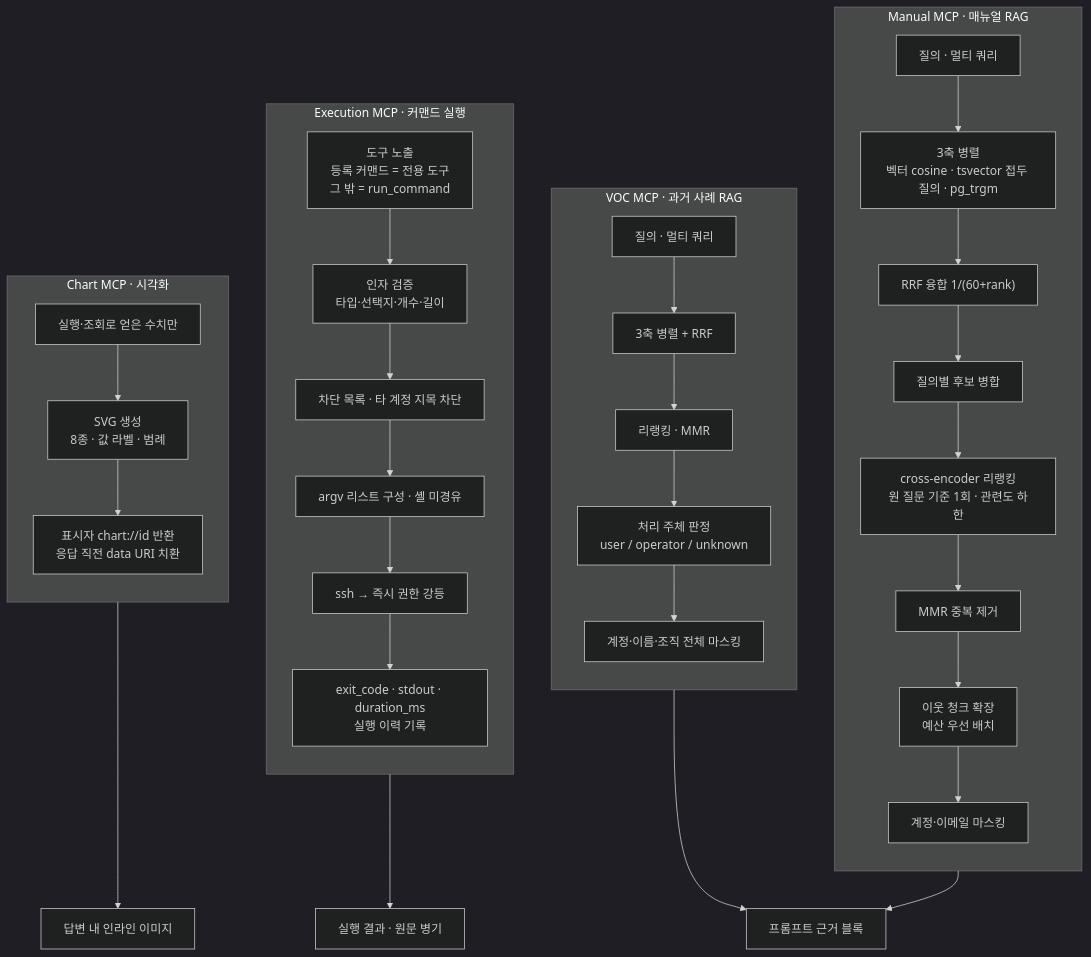
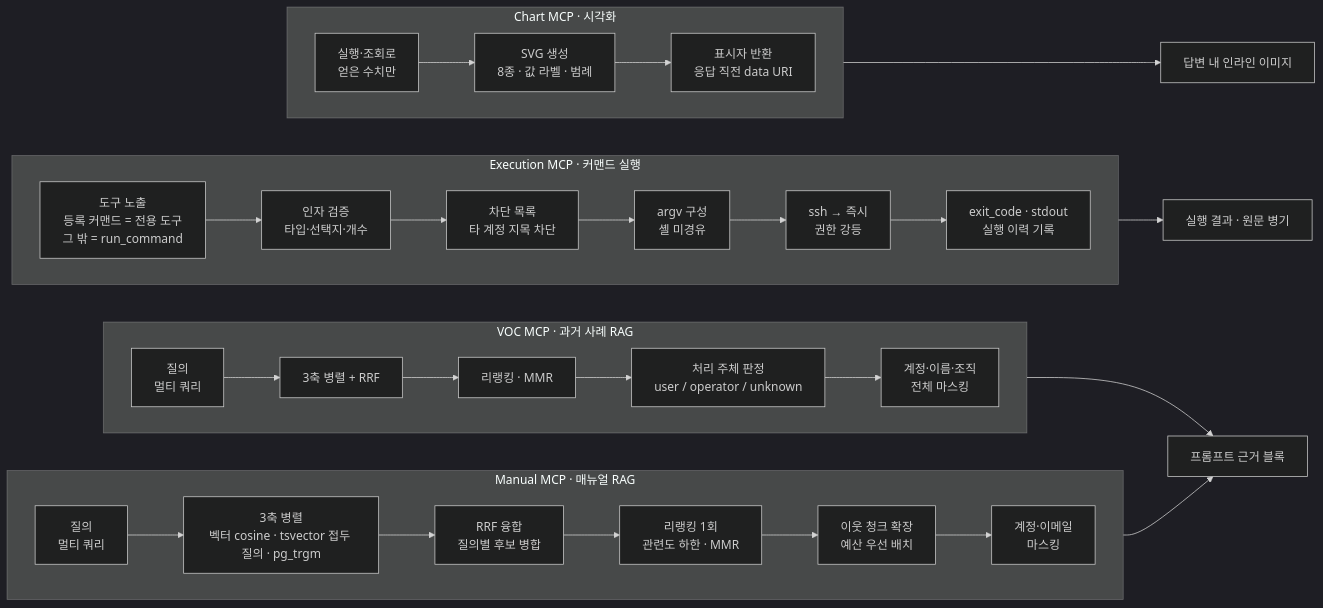
The second of 3 diagrams in README.md (ssyrc/AI-Infra-Assistant-pub), drawn with Mermaid (dark theme) before and after one commit. The commit also changed other lines of this file, not shown here.

Commit message:
README 전체 구조를 요청→Agent→MCP→답변 생성→반환 본류로 그리고, MCP 도식을 레인형으로 (#182)

````diff
--- a/README.md
+++ b/README.md
@@ -51,38 +69,31 @@
 ```mermaid
-flowchart TB
+flowchart LR
     subgraph MAN["Manual MCP · 매뉴얼 RAG"]
-        direction TB
-        MQ["질의 · 멀티 쿼리"] --> M3X["3축 병렬<br/>벡터 cosine · tsvector 접두 질의 · pg_trgm"]
-        M3X --> MRRF["RRF 융합 1/(60+rank)"] --> MMERGE["질의별 후보 병합"]
-        MMERGE --> MRR["cross-encoder 리랭킹<br/>원 질문 기준 1회 · 관련도 하한"]
-        MRR --> MMMR["MMR 중복 제거"] --> MNB["이웃 청크 확장<br/>예산 우선 배치"]
-        MNB --> MPII["계정·이메일 마스킹"]
+        direction LR
+        MQ["질의<br/>멀티 쿼리"] --> M3X["3축 병렬<br/>벡터 cosine · tsvector 접두 질의 · pg_trgm"]
+        M3X --> MR["RRF 융합<br/>질의별 후보 병합"] --> MRR["리랭킹 1회<br/>관련도 하한 · MMR"]
+        MRR --> MNB["이웃 청크 확장<br/>예산 우선 배치"] --> MPII["계정·이메일<br/>마스킹"]
     end
 
-    subgraph VOC["VOC MCP · 과거 사례 RAG"]
-        direction TB
-        VQ["질의 · 멀티 쿼리"] --> V3X["3축 병렬 + RRF"]
-        V3X --> VRR["리랭킹 · MMR"]
-        VRR --> VH["처리 주체 판정<br/>user / operator / unknown"]
-        VH --> VPII["계정·이름·조직 전체 마스킹"]
+    subgraph VOCG["VOC MCP · 과거 사례 RAG"]
+        direction LR
+        VQ["질의<br/>멀티 쿼리"] --> V3X["3축 병렬 + RRF"] --> VRR["리랭킹 · MMR"]
+        VRR --> VH["처리 주체 판정<br/>user / operator / unknown"] --> VPII["계정·이름·조직<br/>전체 마스킹"]
     end
 
     subgraph EXE["Execution MCP · 커맨드 실행"]
-        direction TB
-        ET["도구 노출<br/>등록 커맨드 = 전용 도구<br/>그 밖 = run_command"] --> EV["인자 검증<br/>타입·선택지·개수·길이"]
-        EV --> ED["차단 목록 · 타 계정 지목 차단"]
-        ED --> EA["argv 리스트 구성 · 셸 미경유"]
-        EA --> ESSH["ssh → 즉시 권한 강등"]
-        ESSH --> ER["exit_code · stdout · duration_ms<br/>실행 이력 기록"]
+        direction LR
+        ET["도구 노출<br/>등록 커맨드 = 전용 도구<br/>그 밖 = run_command"] --> EV["인자 검증<br/>타입·선택지·개수"]
+        EV --> ED["차단 목록<br/>타 계정 지목 차단"] --> EA["argv 구성<br/>셸 미경유"]
+        EA --> ESSH["ssh → 즉시<br/>권한 강등"] --> ER["exit_code · stdout<br/>실행 이력 기록"]
     end
 
     subgraph CHT["Chart MCP · 시각화"]
-        direction TB
-        CD["실행·조회로 얻은 수치만"] --> CS["SVG 생성<br/>8종 · 값 라벨 · 범례"]
-        CS --> CM["표시자 chart://id 반환<br/>응답 직전 data URI 치환"]
+        direction LR
+        CD["실행·조회로<br/>얻은 수치만"] --> CS["SVG 생성<br/>8종 · 값 라벨 · 범례"] --> CM["표시자 반환<br/>응답 직전 data URI"]
     end
 
     MPII & VPII --> P["프롬프트 근거 블록"]
     ER --> P2["실행 결과 · 원문 병기"]
     CM --> P3["답변 내 인라인 이미지"]
 ```
````
